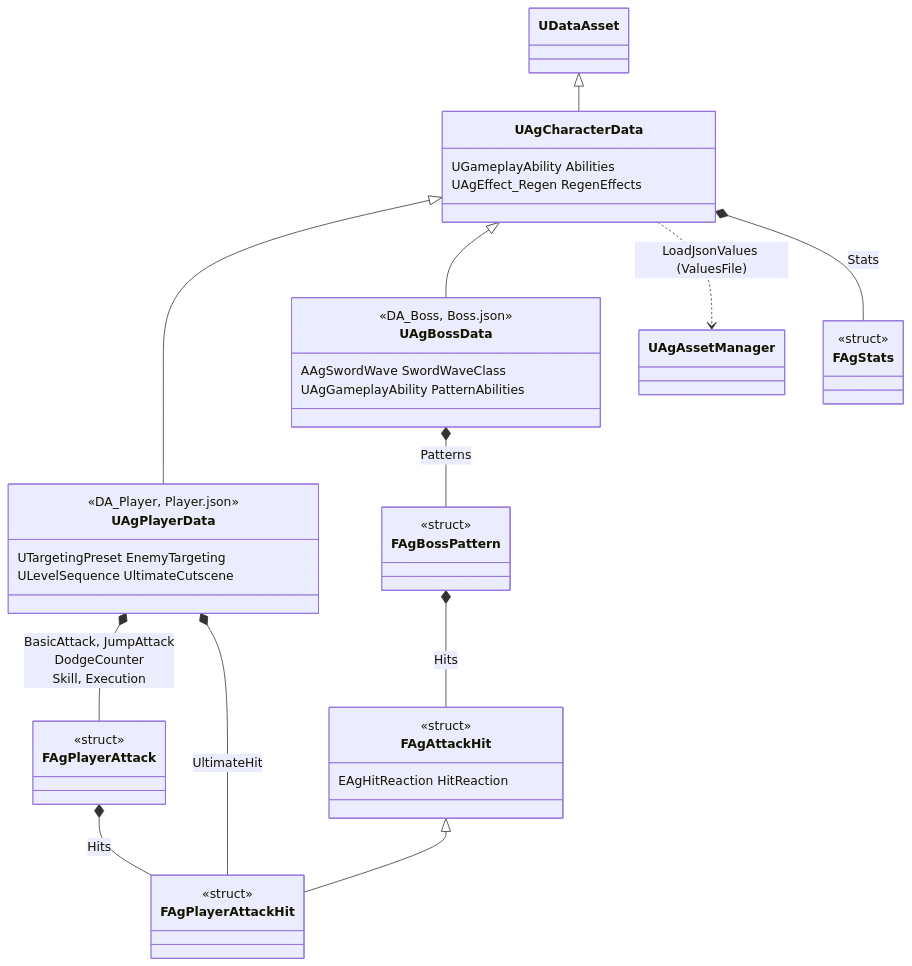
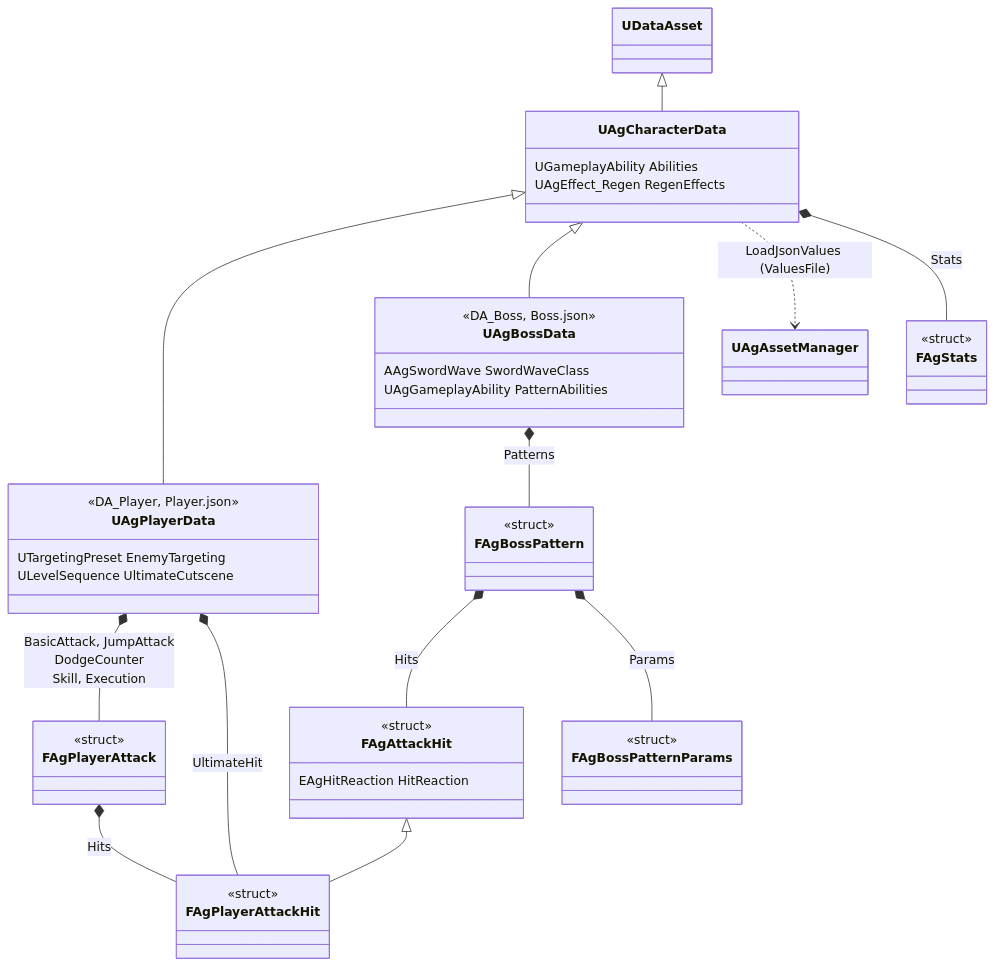
One commit to Woogl/Ag changed the first of 2 diagrams in Docs/Program/JSON과 DataAsset.md. Above: the diagram before and after it, drawn with Mermaid. The commit also changed other lines of this file and 33 other files, not shown here.

````diff
--- a/Docs/Program/JSON과 DataAsset.md
+++ b/Docs/Program/JSON과 DataAsset.md
@@ -29,46 +30,50 @@
 ```mermaid
 classDiagram
     direction TB
     class UAgCharacterData {
         UGameplayAbility Abilities
         UAgEffect_Regen RegenEffects
     }
     class UAgPlayerData {
         <<DA_Player, Player.json>>
         UTargetingPreset EnemyTargeting
         ULevelSequence UltimateCutscene
     }
     class UAgBossData {
         <<DA_Boss, Boss.json>>
         AAgSwordWave SwordWaveClass
         UAgGameplayAbility PatternAbilities
     }
     class FAgStats {
         <<struct>>
     }
     class FAgPlayerAttack {
         <<struct>>
     }
     class FAgBossPattern {
         <<struct>>
     }
+    class FAgBossPatternParams {
+        <<struct>>
+    }
     class FAgAttackHit {
         <<struct>>
         EAgHitReaction HitReaction
     }
     class FAgPlayerAttackHit {
         <<struct>>
     }
     UDataAsset <|-- UAgCharacterData
     UAgCharacterData <|-- UAgPlayerData
     UAgCharacterData <|-- UAgBossData
     UAgCharacterData ..> UAgAssetManager : LoadJsonValues (ValuesFile)
 
     UAgCharacterData *-- FAgStats : Stats
     UAgPlayerData *-- FAgPlayerAttack : BasicAttack, JumpAttack<br>DodgeCounter<br>Skill, Execution
     UAgPlayerData *-- FAgPlayerAttackHit : UltimateHit
     UAgBossData *-- FAgBossPattern : Patterns
     FAgAttackHit <|-- FAgPlayerAttackHit
     FAgPlayerAttack *-- FAgPlayerAttackHit : Hits
     FAgBossPattern *-- FAgAttackHit : Hits
+    FAgBossPattern *-- FAgBossPatternParams : Params
 ```
````
